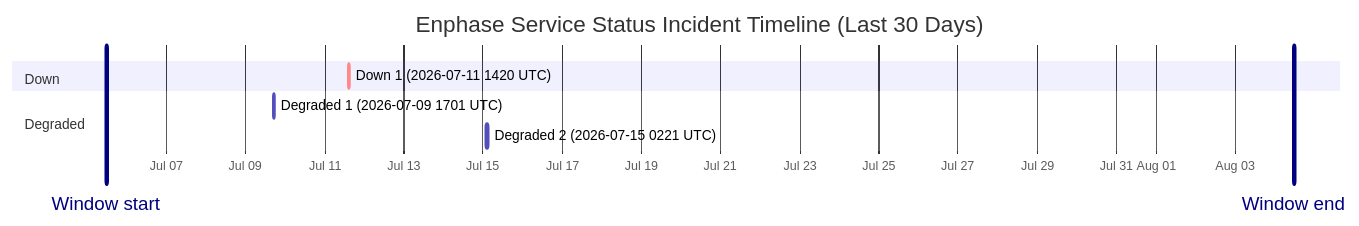
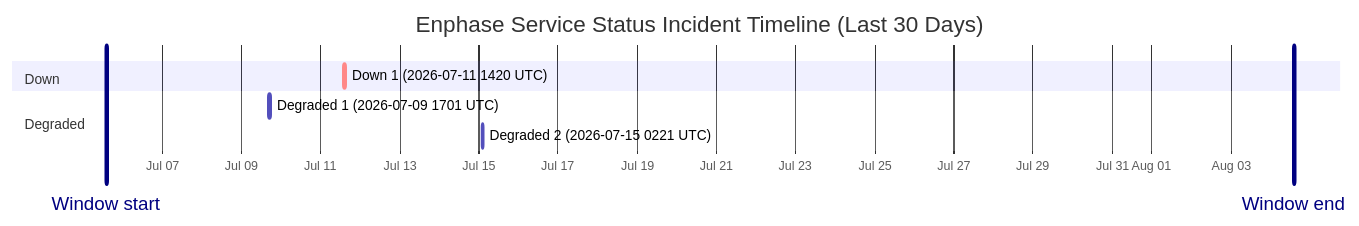
Before and after one commit to barneyonline/ha-enphase-energy: the diagram in wiki/Service-Status-History.md, drawn with Mermaid. The commit also changed other lines of this file and 3 other files, not shown here.

````diff
--- a/wiki/Service-Status-History.md
+++ b/wiki/Service-Status-History.md
@@ -14,13 +14,13 @@
 ```mermaid
 gantt
     title Enphase Service Status Incident Timeline (Last 30 Days)
     dateFormat  YYYY-MM-DDTHH:mm:ss
     axisFormat  %b %d
-    Window start :vert, window-start, 2026-07-05T11:38:36, 0ms
-    Window end :vert, window-end, 2026-08-04T11:38:36, 0ms
+    Window start :vert, window-start, 2026-07-05T14:06:47, 0ms
+    Window end :vert, window-end, 2026-08-04T14:06:47, 0ms
     section Down
     Down 1 (2026-07-11 1420 UTC) :crit, down-1, 2026-07-11T14:20:54, 69m
     section Degraded
     Degraded 1 (2026-07-09 1701 UTC) :active, degraded-1, 2026-07-09T17:01:02, 60m
     Degraded 2 (2026-07-15 0221 UTC) :active, degraded-2, 2026-07-15T02:21:35, 60m
 ```
````
